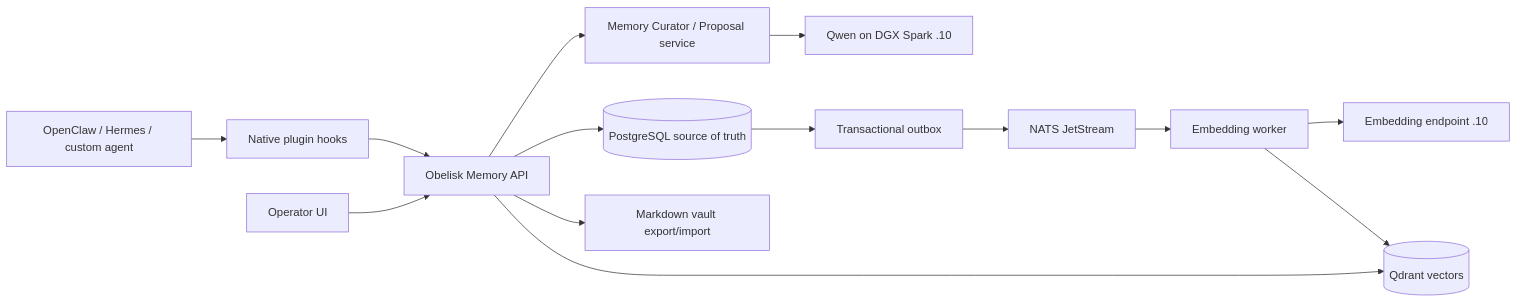
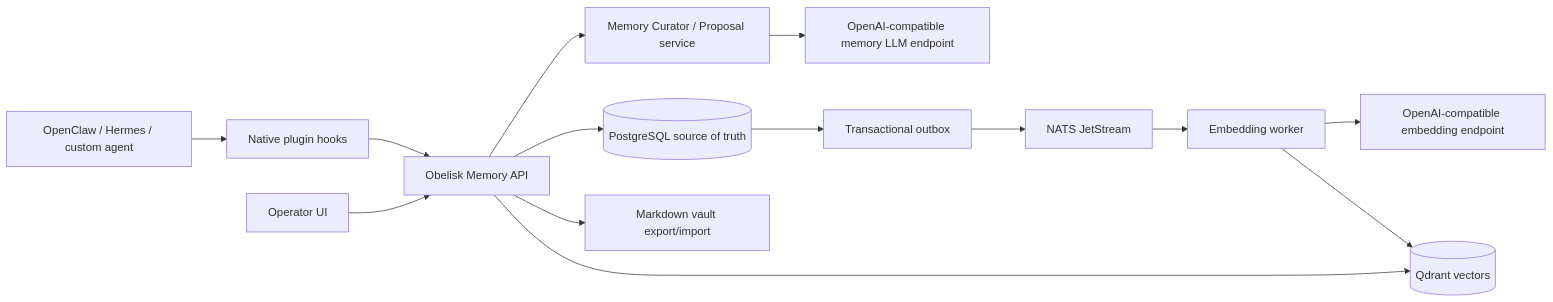
Before and after one commit to Alex12571333/universal-agent-memory: the diagram in README.md, drawn with Mermaid. The commit also changed other lines of this file and 27 other files, not shown here.

Commit message:
Use provider-neutral OpenAI-compatible model endpoints (#44)

````diff
--- a/README.md
+++ b/README.md
@@ -55,16 +55,16 @@
 ```mermaid
 flowchart LR
   Agent["OpenClaw / Hermes / custom agent"] --> Hooks["Native plugin hooks"]
   Hooks --> API["Obelisk Memory API"]
   UI["Operator UI"] --> API
   API --> PG[("PostgreSQL source of truth")]
   API --> Curator["Memory Curator / Proposal service"]
-  Curator --> Qwen["Qwen on DGX Spark .10"]
+  Curator --> LLM["OpenAI-compatible memory LLM endpoint"]
   PG --> Outbox["Transactional outbox"]
   Outbox --> NATS["NATS JetStream"]
   NATS --> Worker["Embedding worker"]
-  Worker --> Embed["Embedding endpoint .10"]
+  Worker --> Embed["OpenAI-compatible embedding endpoint"]
   Worker --> Qdrant[("Qdrant vectors")]
   API --> Qdrant
   API --> Vault["Markdown vault export/import"]
 ```
````
